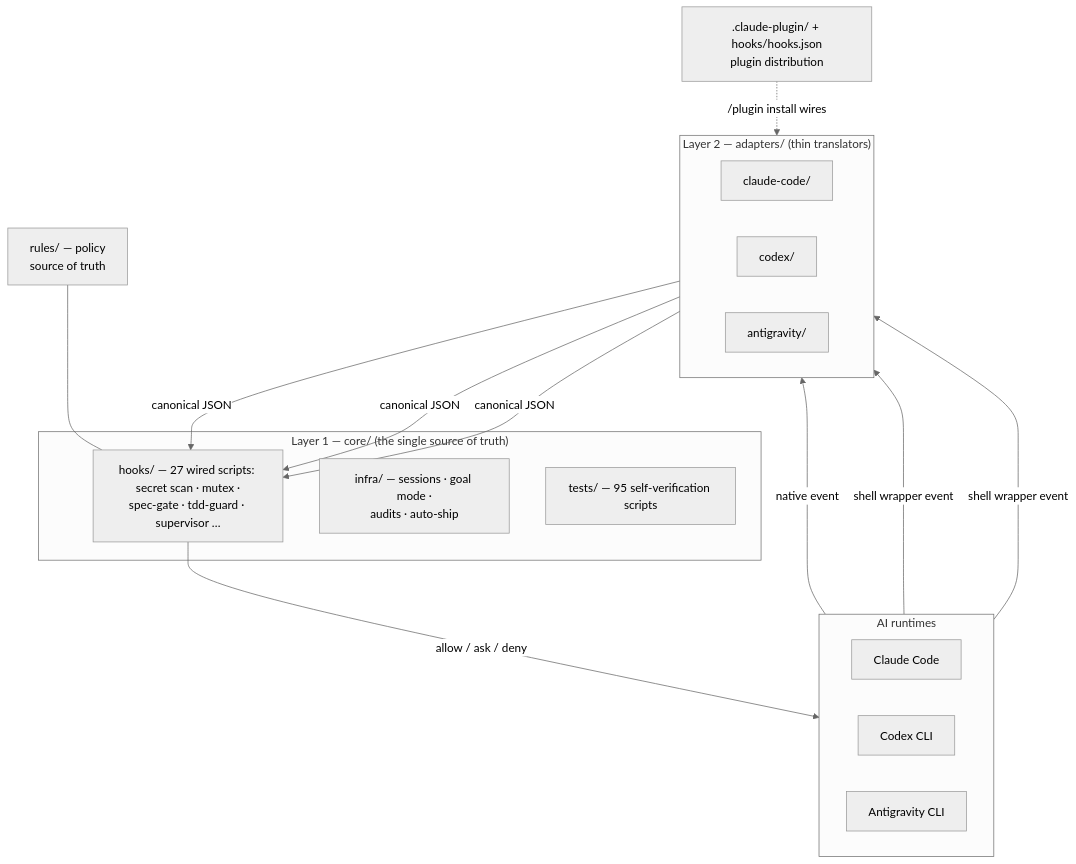
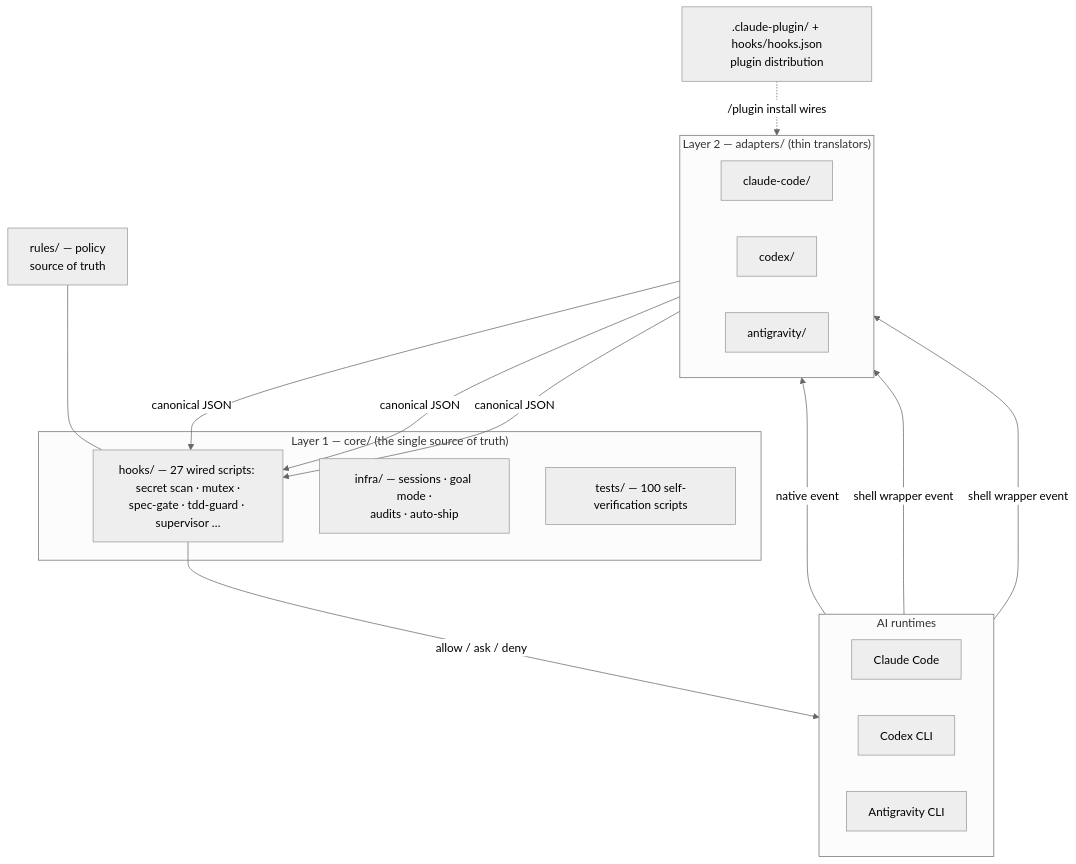
One commit to joymin5655/Agent changed the second of 5 diagrams in README.md. Above: the diagram before and after it, drawn with Mermaid (neutral theme). The commit also changed other lines of this file and 39 other files, not shown here.

````diff
--- a/README.md
+++ b/README.md
@@ -314,32 +313,32 @@
 ```mermaid
 flowchart TB
     subgraph RT["AI runtimes"]
         direction LR
         CC["Claude Code"]
         CX["Codex CLI"]
         GM["Antigravity CLI"]
     end
     subgraph AD["Layer 2 — adapters/ (thin translators)"]
         direction LR
         A1["claude-code/"]
         A2["codex/"]
         A3["antigravity/"]
     end
     subgraph CORE["Layer 1 — core/ (the single source of truth)"]
         H["hooks/ — 27 wired scripts: secret scan · mutex ·<br/>spec-gate · tdd-guard · supervisor …"]
         I["infra/ — sessions · goal mode ·<br/>audits · auto-ship"]
-        T["tests/ — 95 self-verification scripts"]
+        T["tests/ — 100 self-verification scripts"]
     end
     R["rules/ — policy<br/>source of truth"]
     PLUG[".claude-plugin/ + hooks/hooks.json<br/>plugin distribution"]
 
     CC -->|native event| A1
     CX -->|shell wrapper event| A2
     GM -->|shell wrapper event| A3
     A1 -->|canonical JSON| H
     A2 -->|canonical JSON| H
     A3 -->|canonical JSON| H
     H -->|"allow / ask / deny"| RT
     R --- H
     PLUG -. "/plugin install wires" .-> A1
 ```
````
